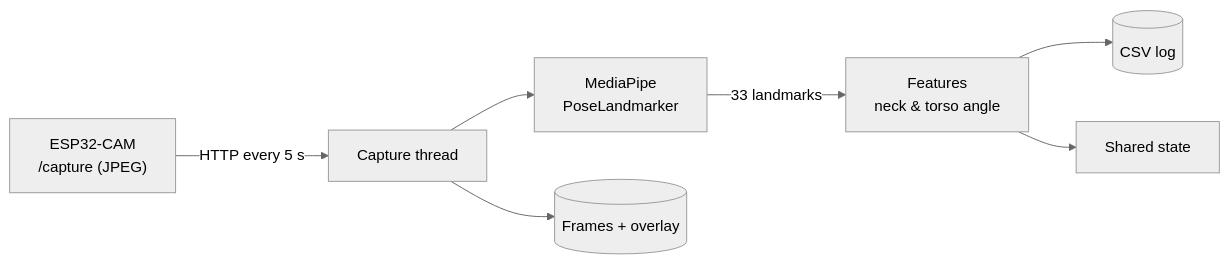
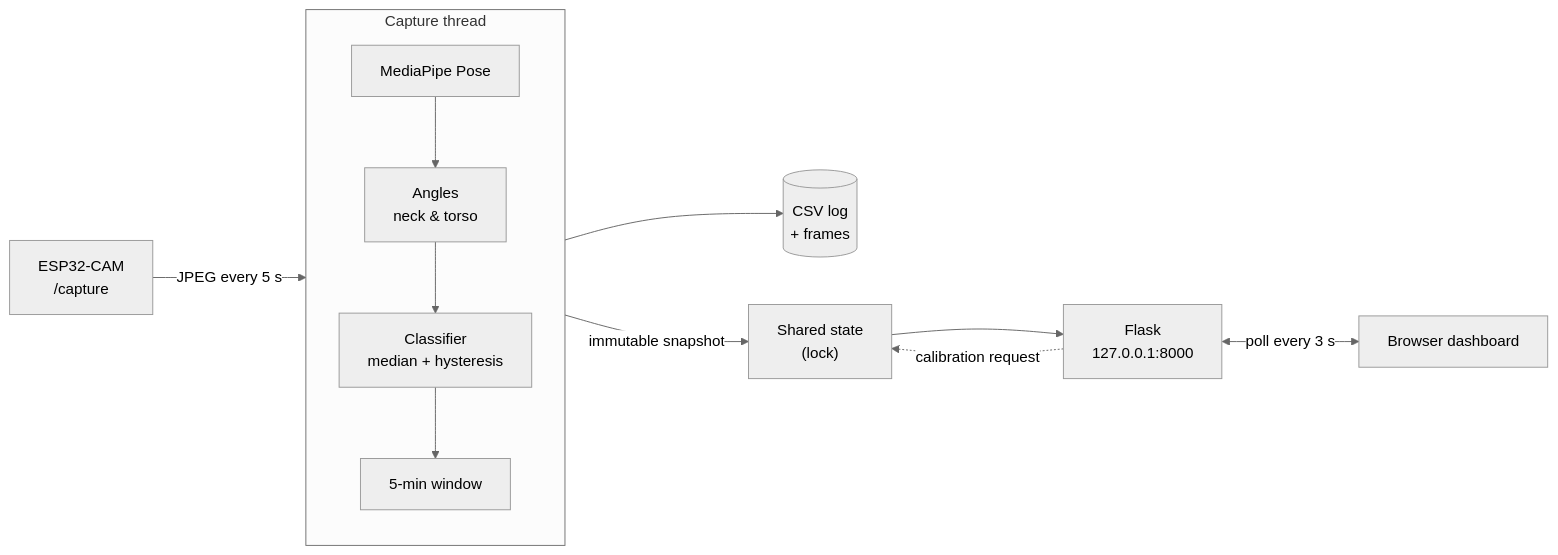
Before and after one commit to marcelwojdat/ergonomAI: the diagram in README.md, drawn with Mermaid (neutral theme). The commit also changed other lines of this file, not shown here.

Commit message:
docs: README with dashboard, design decisions, API and config

````diff
--- a/README.md
+++ b/README.md
@@ -12,9 +22,16 @@
 ```mermaid
 flowchart LR
-    A["ESP32-CAM<br/>/capture (JPEG)"] -->|HTTP every 5 s| B["Capture thread"]
-    B --> C["MediaPipe<br/>PoseLandmarker"]
-    C -->|33 landmarks| D["Features<br/>neck & torso angle"]
-    D --> E[("CSV log")]
-    D --> F["Shared state"]
-    B --> G[("Frames + overlay")]
+    subgraph CAP["Capture thread"]
+        direction TB
+        POSE["MediaPipe Pose"] --> FEAT["Angles<br/>neck & torso"]
+        FEAT --> CLS["Classifier<br/>median + hysteresis"]
+        CLS --> WIN["5-min window"]
+    end
+
+    CAM["ESP32-CAM<br/>/capture"] -->|"JPEG every 5 s"| CAP
+    CAP --> CSV[("CSV log<br/>+ frames")]
+    CAP -->|"immutable snapshot"| ST["Shared state<br/>(lock)"]
+    ST --> WEB["Flask<br/>127.0.0.1:8000"]
+    WEB <-->|"poll every 3 s"| UI["Browser dashboard"]
+    WEB -.->|"calibration request"| ST
 ```
````
